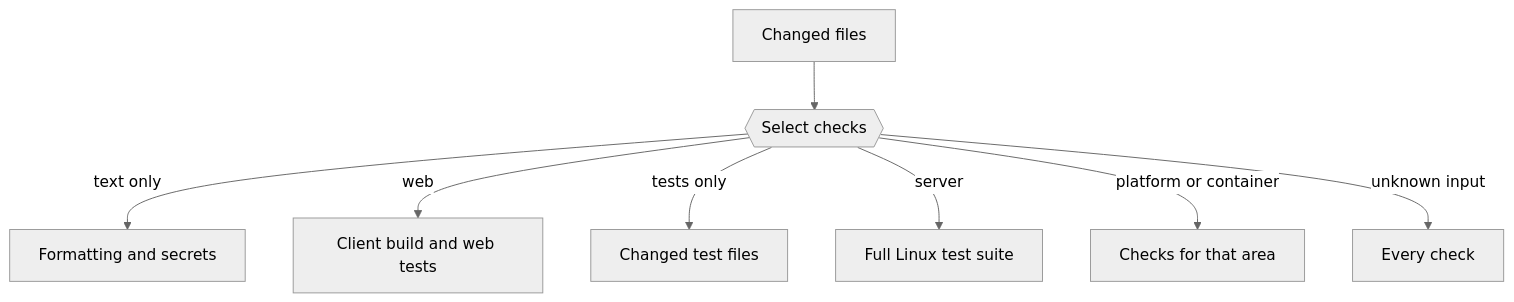
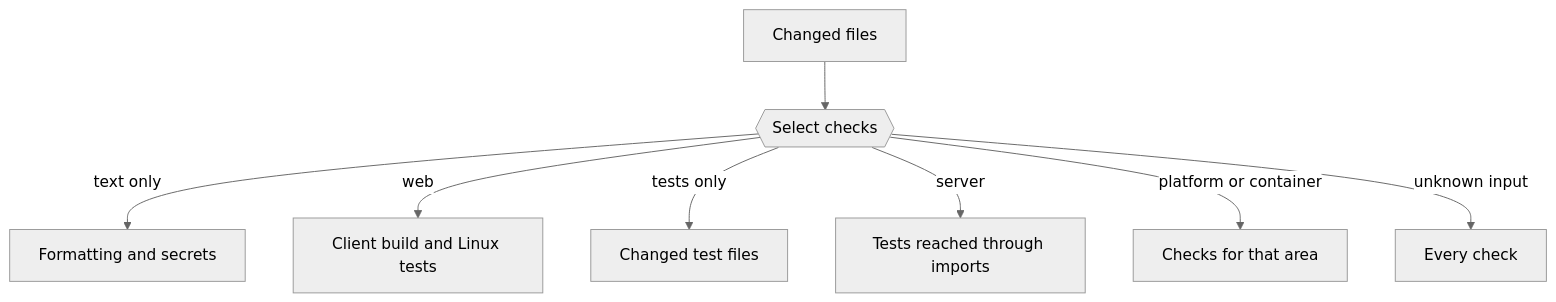
One commit to Ahrorjon91/nod changed the second of 2 diagrams in docs/src/content/docs/contribute/checks-and-tests.md. Above: the diagram before and after it, drawn with Mermaid (neutral theme). The commit also changed other lines of this file and 13 other files, not shown here.

````diff
--- a/docs/src/content/docs/contribute/checks-and-tests.md
+++ b/docs/src/content/docs/contribute/checks-and-tests.md
@@ -178,10 +184,10 @@
 ```mermaid
 flowchart TD
   files[Changed files] --> scope{{Select checks}}:::accent
   scope -- text only --> light[Formatting and secrets]:::muted
-  scope -- web --> web[Client build and web tests]:::go
+  scope -- web --> web[Client build and Linux tests]:::go
   scope -- tests only --> tests[Changed test files]
-  scope -- server --> core[Full Linux test suite]:::go
+  scope -- server --> core[Tests reached through imports]:::go
   scope -- platform or container --> area[Checks for that area]
   scope -- unknown input --> all[Every check]:::go
 ```
````
